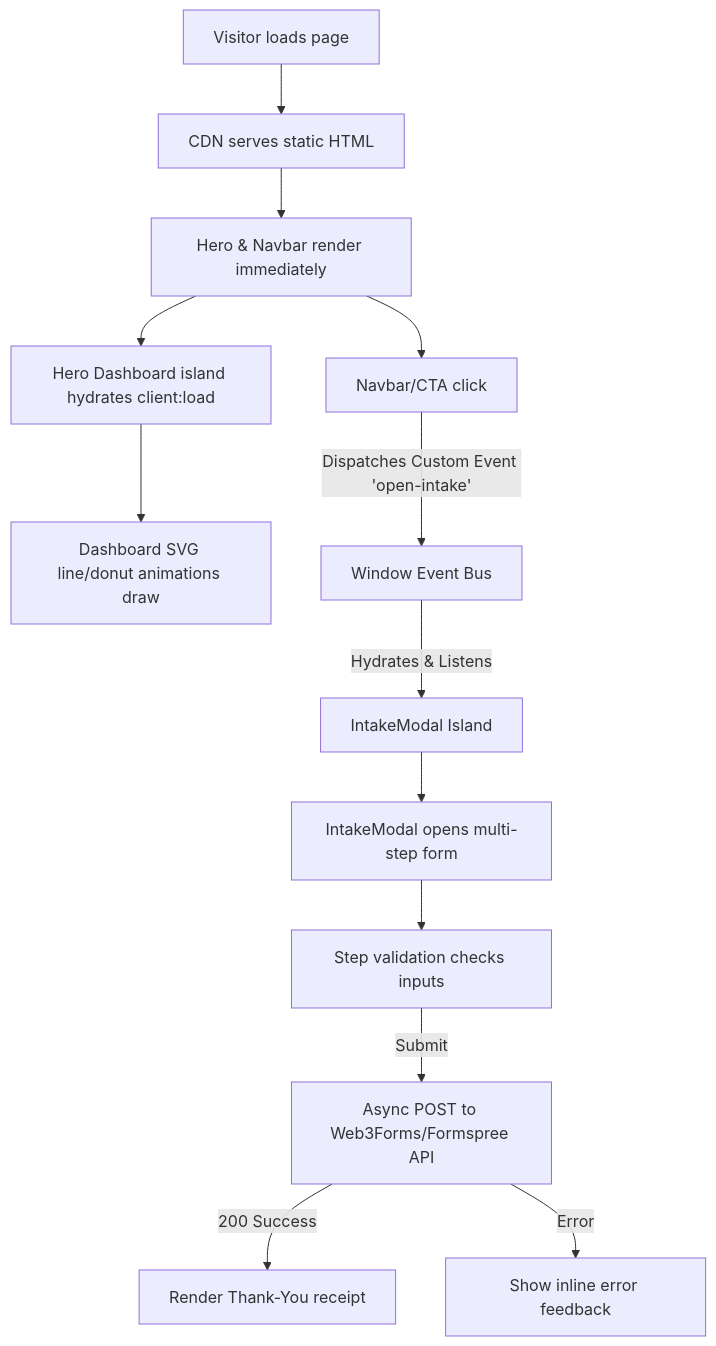
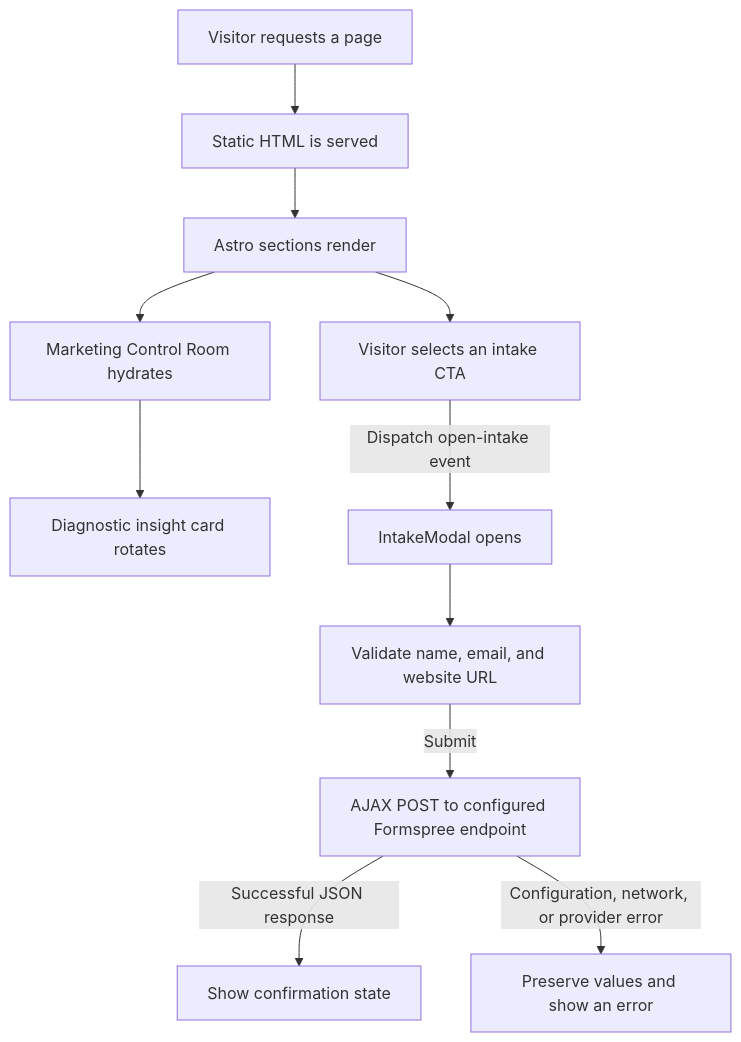
The diagram in ARCHITECTURE.md (stevenmorano/smartmarketingdigitalcom), drawn with Mermaid before and after one commit. The commit also changed other lines of this file and 18 other files, not shown here.

````diff
--- a/ARCHITECTURE.md
+++ b/ARCHITECTURE.md
@@ -22,17 +23,14 @@
 ```mermaid
 graph TD
-    A[Visitor loads page] --> B[CDN serves static HTML]
-    B --> C[Hero & Navbar render immediately]
-    C --> D[Hero Dashboard island hydrates client:load]
-    D --> E[Dashboard SVG line/donut animations draw]
-    
-    C --> F[Navbar/CTA click]
-    F -->|Dispatches Custom Event 'open-intake'| G[Window Event Bus]
-    G -->|Hydrates & Listens| H[IntakeModal Island]
-    H --> I[IntakeModal opens multi-step form]
-    
-    I --> J[Step validation checks inputs]
-    J -->|Submit| K[Async POST to Web3Forms/Formspree API]
-    K -->|200 Success| L[Render Thank-You receipt]
-    K -->|Error| M[Show inline error feedback]
+    A[Visitor requests a page] --> B[Static HTML is served]
+    B --> C[Astro sections render]
+    C --> D[Marketing Control Room hydrates]
+    D --> E[Diagnostic insight card rotates]
+
+    C --> F[Visitor selects an intake CTA]
+    F -->|Dispatch open-intake event| G[IntakeModal opens]
+    G --> H[Validate name, email, and website URL]
+    H -->|Submit| I[AJAX POST to configured Formspree endpoint]
+    I -->|Successful JSON response| J[Show confirmation state]
+    I -->|Configuration, network, or provider error| K[Preserve values and show an error]
 ```
````
